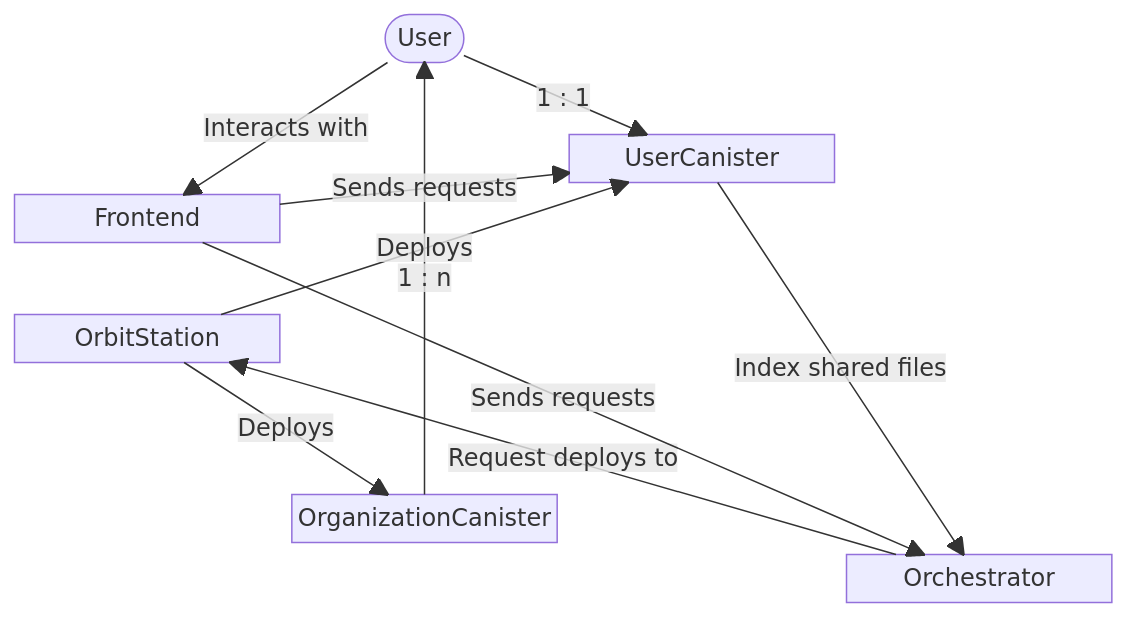
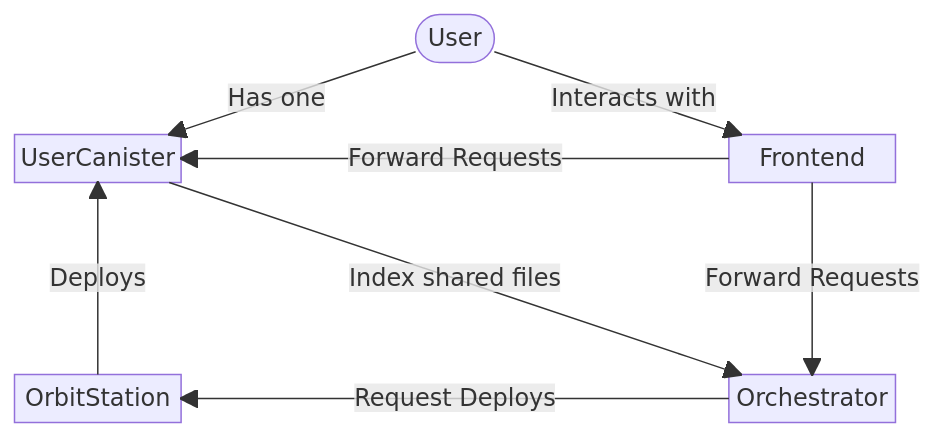
One commit to icp-hub-it/ic-docutrack changed the diagram in docs/architecture.md. Above: the diagram before and after it, drawn with Mermaid.

````diff
--- a/docs/architecture.md
+++ b/docs/architecture.md
@@ -5,32 +5,25 @@
 ```mermaid
 block-beta
-    columns 4
+    columns 5
 
-    space
+    space:2
     User (["User"])
-    space:8
+    space:7
     UserCanister
     
-    space:1
+    space:3
     Frontend
-    space:7
+    space:15
     
-
     OrbitStation
-    space:12
-    OrganizationCanister
-    
-    space:2
     space:3
     Orchestrator
 
-    OrganizationCanister -- "1 : n" --> User
-    User -- "1 : 1" --> UserCanister
+    User -- "Has one" --> UserCanister
+    Orchestrator -- "Request Deploys" --> OrbitStation
     OrbitStation -- "Deploys" --> UserCanister
-    OrbitStation -- "Deploys" --> OrganizationCanister
-    Orchestrator -- "Request deploys to" --> OrbitStation
     User -- "Interacts with" --> Frontend
+    Frontend -- "Forward Requests" --> Orchestrator
+    Frontend -- "Forward Requests" --> UserCanister
     UserCanister -- "Index shared files" --> Orchestrator
-    Frontend -- "Sends requests" --> Orchestrator
-    Frontend -- "Sends requests" --> UserCanister
 ```
````
